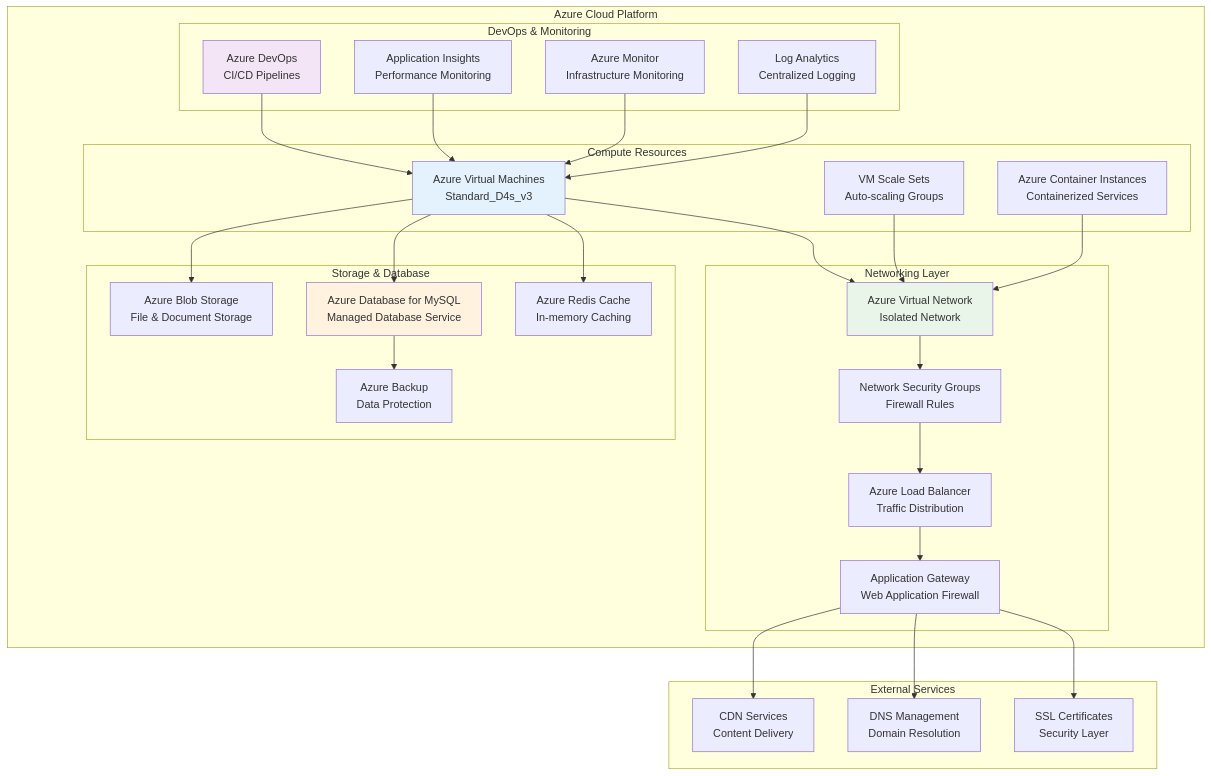
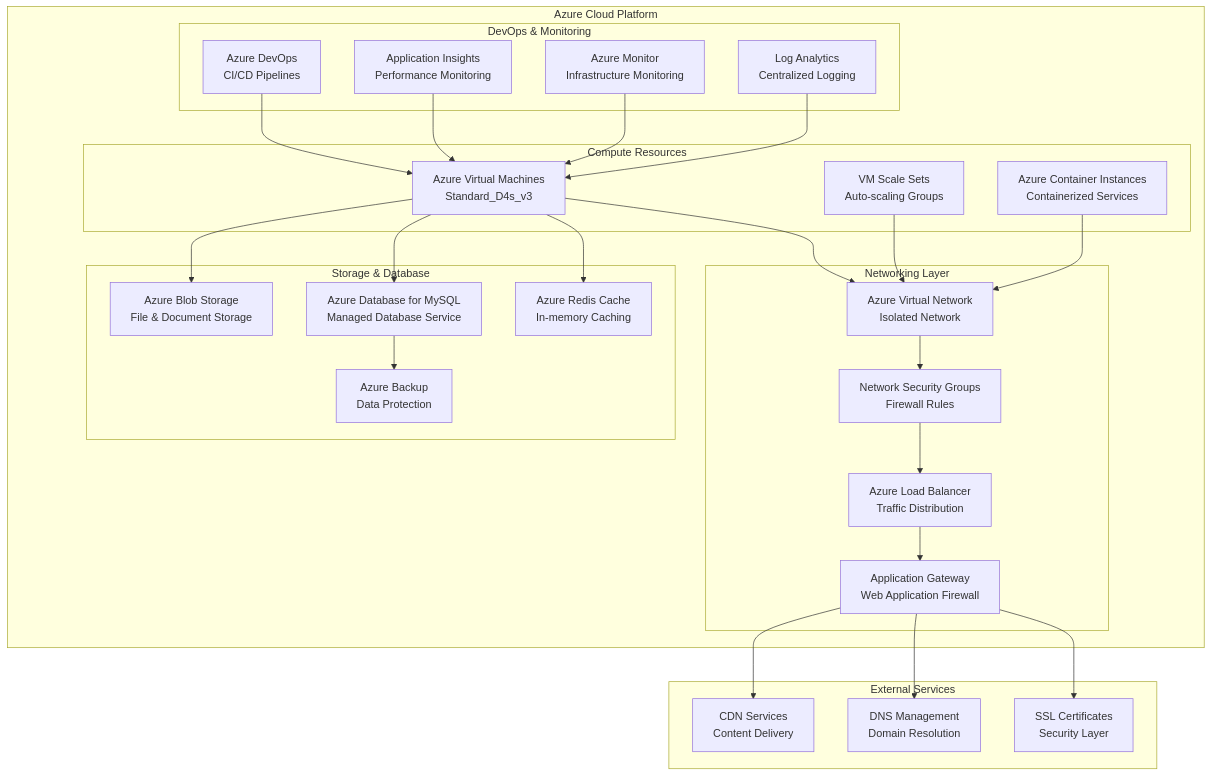
Before and after one commit to sandeepkumar0801/Digihub: diagram 29 of 44 in README.md, drawn with Mermaid. The commit also changed other lines of this file, not shown here.

Commit message:
update diagram index

````diff
--- a/README.md
+++ b/README.md
@@ -4498,64 +4356,64 @@
 ```mermaid
 graph TB
     subgraph "Azure Cloud Platform"
         subgraph "Compute Resources"
             A1[Azure Virtual Machines<br/>Standard_D4s_v3]
             A2[VM Scale Sets<br/>Auto-scaling Groups]
             A3[Azure Container Instances<br/>Containerized Services]
         end
 
         subgraph "Networking Layer"
             B1[Azure Virtual Network<br/>Isolated Network]
             B2[Network Security Groups<br/>Firewall Rules]
             B3[Azure Load Balancer<br/>Traffic Distribution]
             B4[Application Gateway<br/>Web Application Firewall]
         end
 
         subgraph "Storage & Database"
             C1[Azure Blob Storage<br/>File & Document Storage]
             C2[Azure Database for MySQL<br/>Managed Database Service]
             C3[Azure Redis Cache<br/>In-memory Caching]
             C4[Azure Backup<br/>Data Protection]
         end
 
         subgraph "DevOps & Monitoring"
             D1[Azure DevOps<br/>CI/CD Pipelines]
             D2[Application Insights<br/>Performance Monitoring]
             D3[Azure Monitor<br/>Infrastructure Monitoring]
             D4[Log Analytics<br/>Centralized Logging]
         end
     end
 
     subgraph "External Services"
         E1[CDN Services<br/>Content Delivery]
         E2[DNS Management<br/>Domain Resolution]
         E3[SSL Certificates<br/>Security Layer]
     end
 
     A1 --> B1
     A2 --> B1
     A3 --> B1
 
     B1 --> B2
     B2 --> B3
     B3 --> B4
 
     A1 --> C1
     A1 --> C2
     A1 --> C3
     C2 --> C4
 
     D1 --> A1
     D2 --> A1
     D3 --> A1
     D4 --> A1
 
     B4 --> E1
     B4 --> E2
     B4 --> E3
 
-    style A1 fill:#e3f2fd
-    style B1 fill:#e8f5e8
-    style C2 fill:#fff3e0
-    style D1 fill:#f3e5f5
+
+
+
+
 ```
````
